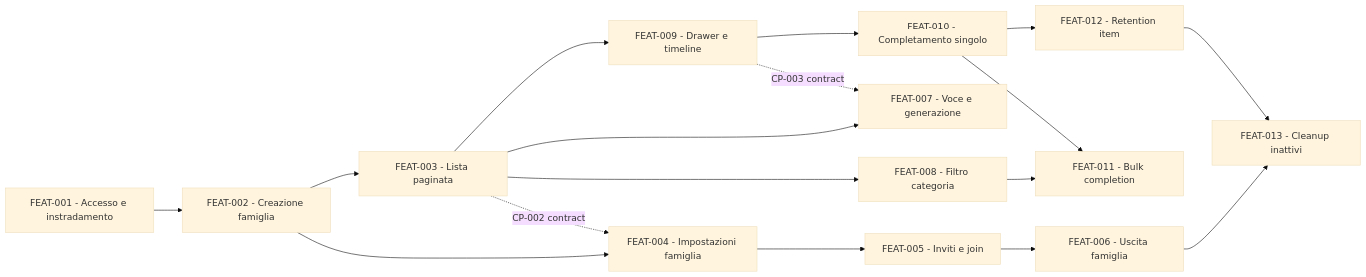
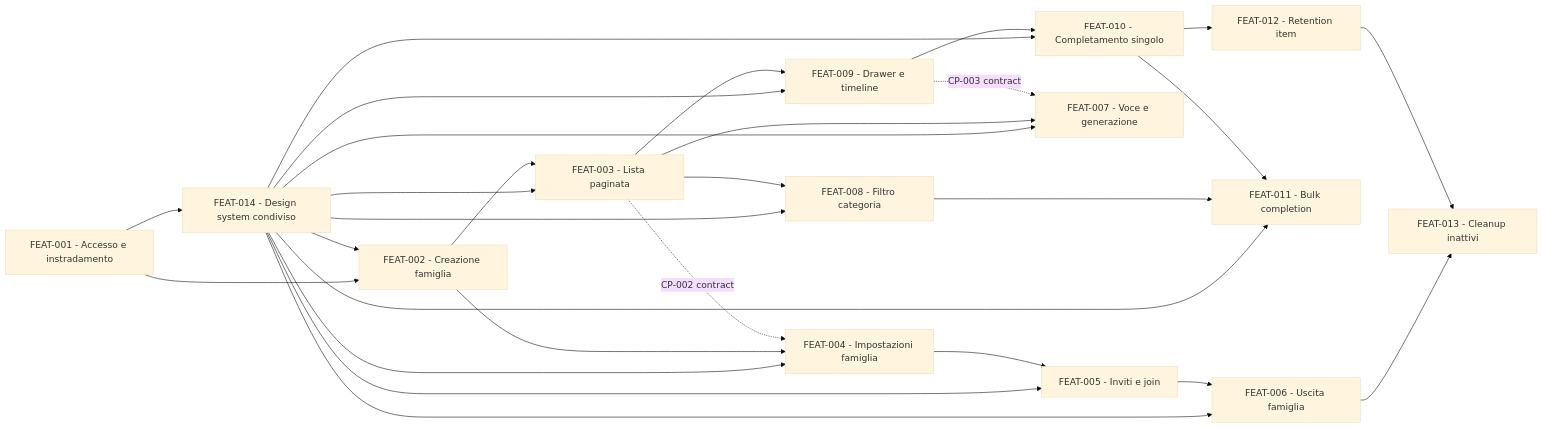
One commit to martinabruni/DA.KinHub changed the diagram in docs/backlog/README.md. Above: the diagram before and after it, drawn with Mermaid (base theme). The commit also changed other lines of this file and 16 other files, not shown here.

First line of the commit message:
feat: Implement shared design system across KinHub

````diff
--- a/docs/backlog/README.md
+++ b/docs/backlog/README.md
@@ -130,19 +135,30 @@
 ```mermaid
 flowchart LR
-    F001["FEAT-001 - Accesso e instradamento"] --> F002["FEAT-002 - Creazione famiglia"]
+    F001["FEAT-001 - Accesso e instradamento"] --> F014["FEAT-014 - Design system condiviso"]
+    F001 --> F002["FEAT-002 - Creazione famiglia"]
+    F014 --> F002
+    F014 --> F003["FEAT-003 - Lista paginata"]
+    F014 --> F004["FEAT-004 - Impostazioni famiglia"]
+    F014 --> F005["FEAT-005 - Inviti e join"]
+    F014 --> F006["FEAT-006 - Uscita famiglia"]
+    F014 --> F007["FEAT-007 - Voce e generazione"]
+    F014 --> F008["FEAT-008 - Filtro categoria"]
+    F014 --> F009["FEAT-009 - Drawer e timeline"]
+    F014 --> F010["FEAT-010 - Completamento singolo"]
+    F014 --> F011["FEAT-011 - Bulk completion"]
     F002 --> F003["FEAT-003 - Lista paginata"]
     F002 --> F004["FEAT-004 - Impostazioni famiglia"]
     F004 --> F005["FEAT-005 - Inviti e join"]
     F005 --> F006["FEAT-006 - Uscita famiglia"]
     F003 --> F007["FEAT-007 - Voce e generazione"]
     F003 --> F008["FEAT-008 - Filtro categoria"]
     F003 --> F009["FEAT-009 - Drawer e timeline"]
     F009 --> F010["FEAT-010 - Completamento singolo"]
     F008 --> F011["FEAT-011 - Bulk completion"]
     F010 --> F011
     F010 --> F012["FEAT-012 - Retention item"]
     F006 --> F013["FEAT-013 - Cleanup inattivi"]
     F012 --> F013
     F003 -. "CP-002 contract" .-> F004
     F009 -. "CP-003 contract" .-> F007
 ```
````
